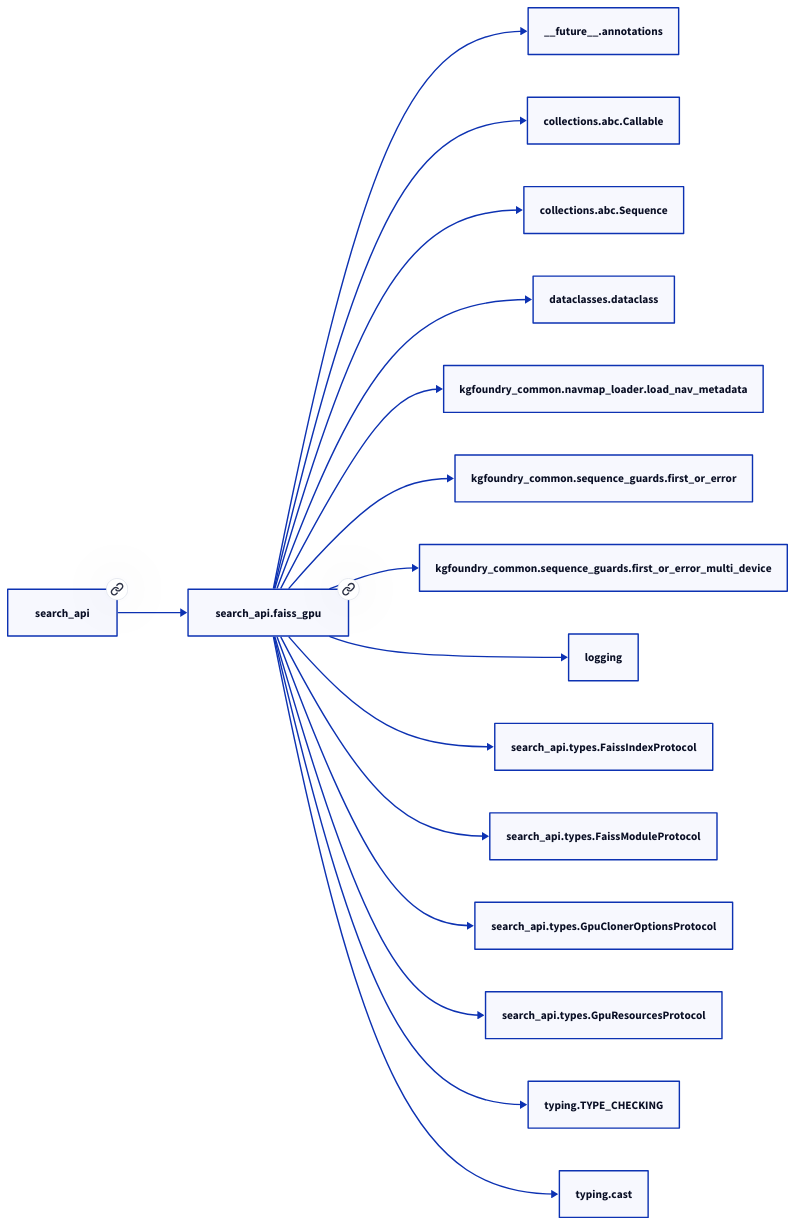
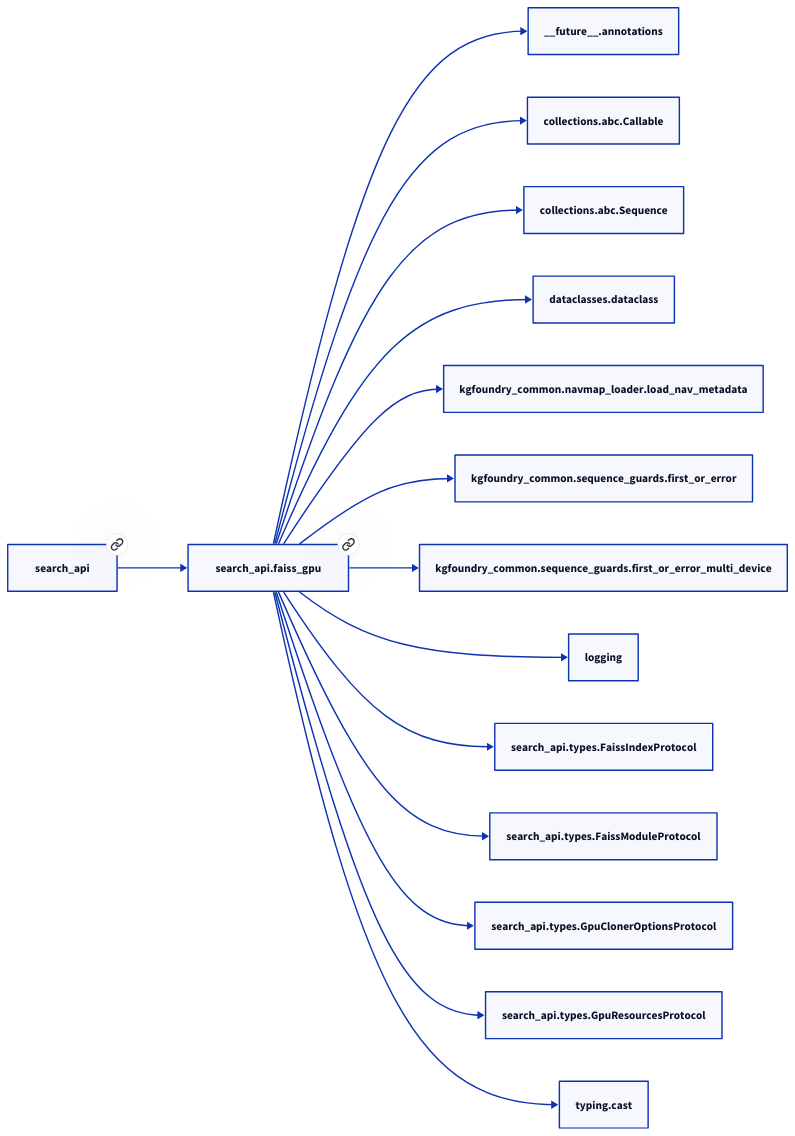
One commit to paul-heyse/kgforge changed the second of 2 diagrams in docs/modules/search_api/faiss_gpu.md. Above: the diagram before and after it, drawn with D2. The commit also changed other lines of this file and 45 other files, not shown here.

````diff
--- a/docs/modules/search_api/faiss_gpu.md
+++ b/docs/modules/search_api/faiss_gpu.md
@@ -53,34 +53,32 @@
 ```d2
 direction: right
 "search_api.faiss_gpu": "search_api.faiss_gpu" { link: "https://github.com/paul-heyse/kgfoundry/blob/main/src/search_api/faiss_gpu.py" }
 "__future__.annotations": "__future__.annotations"
 "search_api.faiss_gpu" -> "__future__.annotations"
 "collections.abc.Callable": "collections.abc.Callable"
 "search_api.faiss_gpu" -> "collections.abc.Callable"
 "collections.abc.Sequence": "collections.abc.Sequence"
 "search_api.faiss_gpu" -> "collections.abc.Sequence"
 "dataclasses.dataclass": "dataclasses.dataclass"
 "search_api.faiss_gpu" -> "dataclasses.dataclass"
 "kgfoundry_common.navmap_loader.load_nav_metadata": "kgfoundry_common.navmap_loader.load_nav_metadata"
 "search_api.faiss_gpu" -> "kgfoundry_common.navmap_loader.load_nav_metadata"
 "kgfoundry_common.sequence_guards.first_or_error": "kgfoundry_common.sequence_guards.first_or_error"
 "search_api.faiss_gpu" -> "kgfoundry_common.sequence_guards.first_or_error"
 "kgfoundry_common.sequence_guards.first_or_error_multi_device": "kgfoundry_common.sequence_guards.first_or_error_multi_device"
 "search_api.faiss_gpu" -> "kgfoundry_common.sequence_guards.first_or_error_multi_device"
 "logging": "logging"
 "search_api.faiss_gpu" -> "logging"
 "search_api.types.FaissIndexProtocol": "search_api.types.FaissIndexProtocol"
 "search_api.faiss_gpu" -> "search_api.types.FaissIndexProtocol"
 "search_api.types.FaissModuleProtocol": "search_api.types.FaissModuleProtocol"
 "search_api.faiss_gpu" -> "search_api.types.FaissModuleProtocol"
 "search_api.types.GpuClonerOptionsProtocol": "search_api.types.GpuClonerOptionsProtocol"
 "search_api.faiss_gpu" -> "search_api.types.GpuClonerOptionsProtocol"
 "search_api.types.GpuResourcesProtocol": "search_api.types.GpuResourcesProtocol"
 "search_api.faiss_gpu" -> "search_api.types.GpuResourcesProtocol"
-"typing.TYPE_CHECKING": "typing.TYPE_CHECKING"
-"search_api.faiss_gpu" -> "typing.TYPE_CHECKING"
 "typing.cast": "typing.cast"
 "search_api.faiss_gpu" -> "typing.cast"
 "search_api": "search_api" { link: "https://github.com/paul-heyse/kgfoundry/blob/main/src/search_api/__init__.py" }
 "search_api" -> "search_api.faiss_gpu" { style: dashed }
 ```
````
